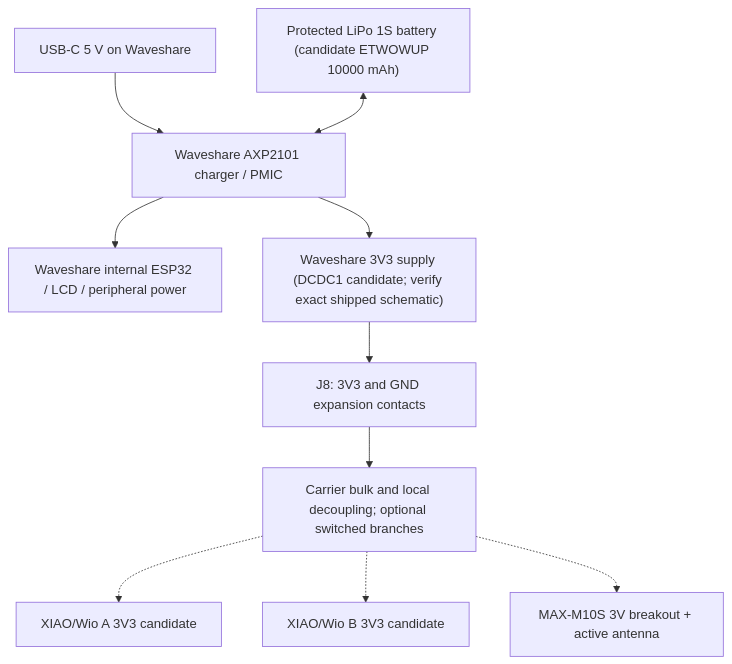
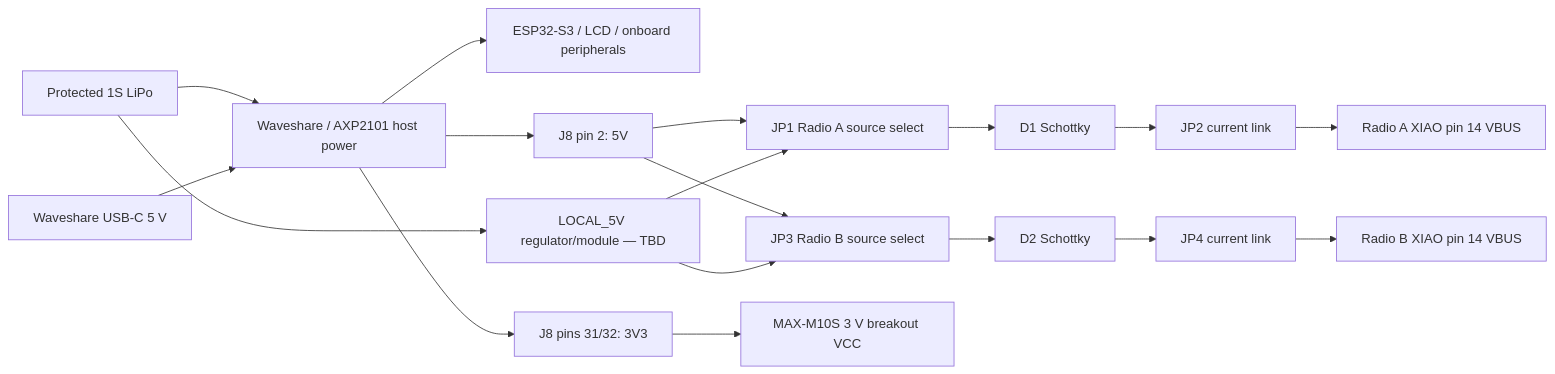
One commit to Renbrant/MeshCrossway changed the diagram in docs/power-architecture.md. Above: the diagram before and after it, drawn with Mermaid. The commit also changed other lines of this file and 6 other files, not shown here.

Commit message:
Align hardware docs with corrected Rev A pin and power study

````diff
--- a/docs/power-architecture.md
+++ b/docs/power-architecture.md
@@ -13,12 +11,24 @@
 ```mermaid
-flowchart TD
-  USB["USB-C 5 V on Waveshare"] --> PMIC["Waveshare AXP2101 charger / PMIC"]
-  BAT["Protected LiPo 1S battery (candidate ETWOWUP 10000 mAh)"] <--> PMIC
-  PMIC --> INT["Waveshare internal ESP32 / LCD / peripheral power"]
-  PMIC --> REG["Waveshare 3V3 supply (DCDC1 candidate; verify exact shipped schematic)"]
-  REG --> J8["J8: 3V3 and GND expansion contacts"]
-  J8 --> C["Carrier bulk and local decoupling; optional switched branches"]
-  C -.-> A["XIAO/Wio A 3V3 candidate"]
-  C -.-> B["XIAO/Wio B 3V3 candidate"]
-  C -.-> G["MAX-M10S 3V breakout + active antenna"]
+flowchart LR
+  BAT["Protected 1S LiPo"] --> WS["Waveshare / AXP2101 host power"]
+  USB["Waveshare USB-C 5 V"] --> WS
+  WS --> HOST["ESP32-S3 / LCD / onboard peripherals"]
+  WS --> J85["J8 pin 2: 5V"]
+  WS --> J83["J8 pins 31/32: 3V3"]
+
+  BAT --> REG["LOCAL_5V regulator/module — TBD"]
+
+  J85 --> JPA["JP1 Radio A source select"]
+  REG --> JPA
+  JPA --> D1["D1 Schottky"]
+  D1 --> CMA["JP2 current link"]
+  CMA --> VA["Radio A XIAO pin 14 VBUS"]
+
+  J85 --> JPB["JP3 Radio B source select"]
+  REG --> JPB
+  JPB --> D2["D2 Schottky"]
+  D2 --> CMB["JP4 current link"]
+  CMB --> VB["Radio B XIAO pin 14 VBUS"]
+
+  J83 --> GNSS["MAX-M10S 3 V breakout VCC"]
 ```
````
